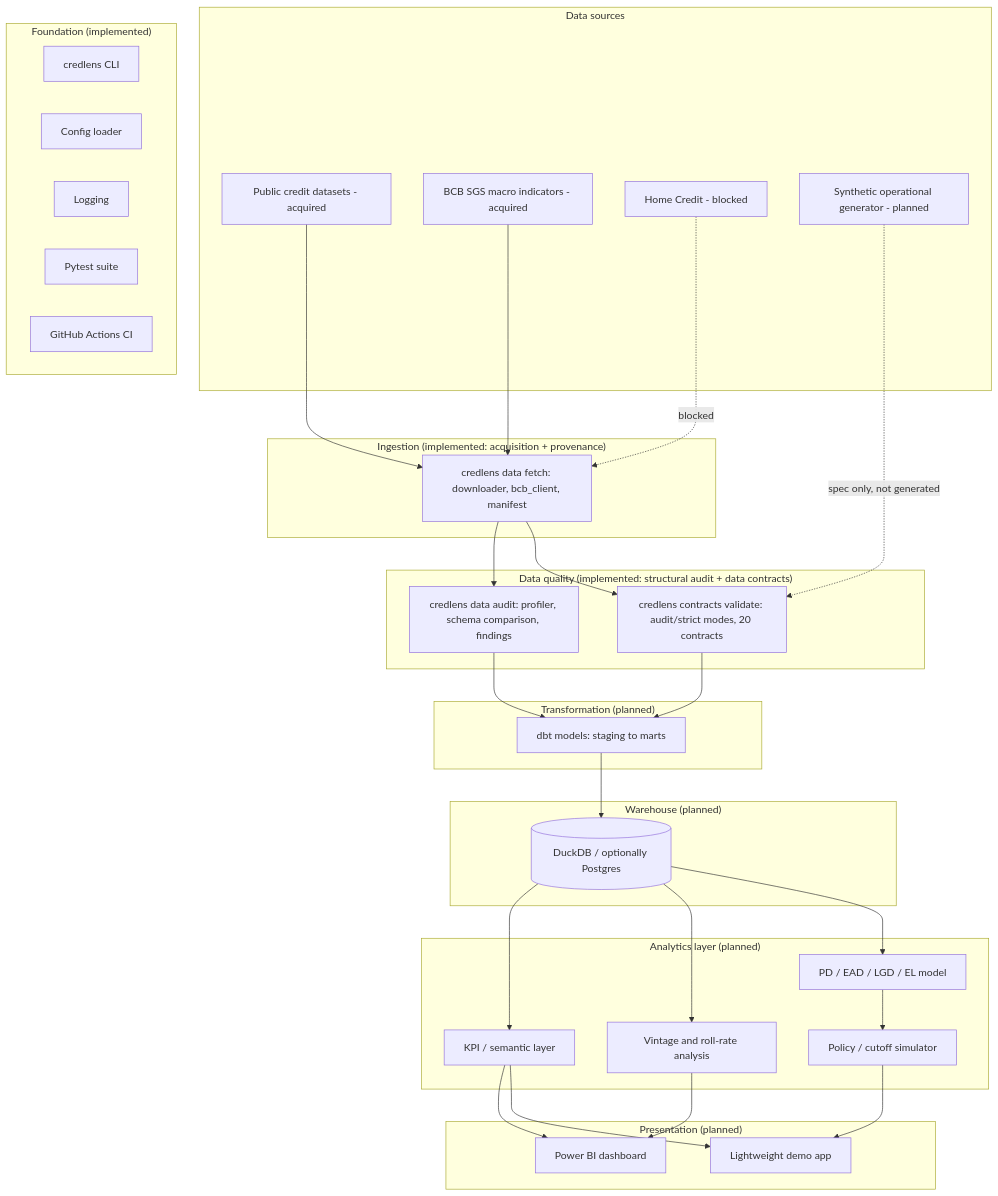
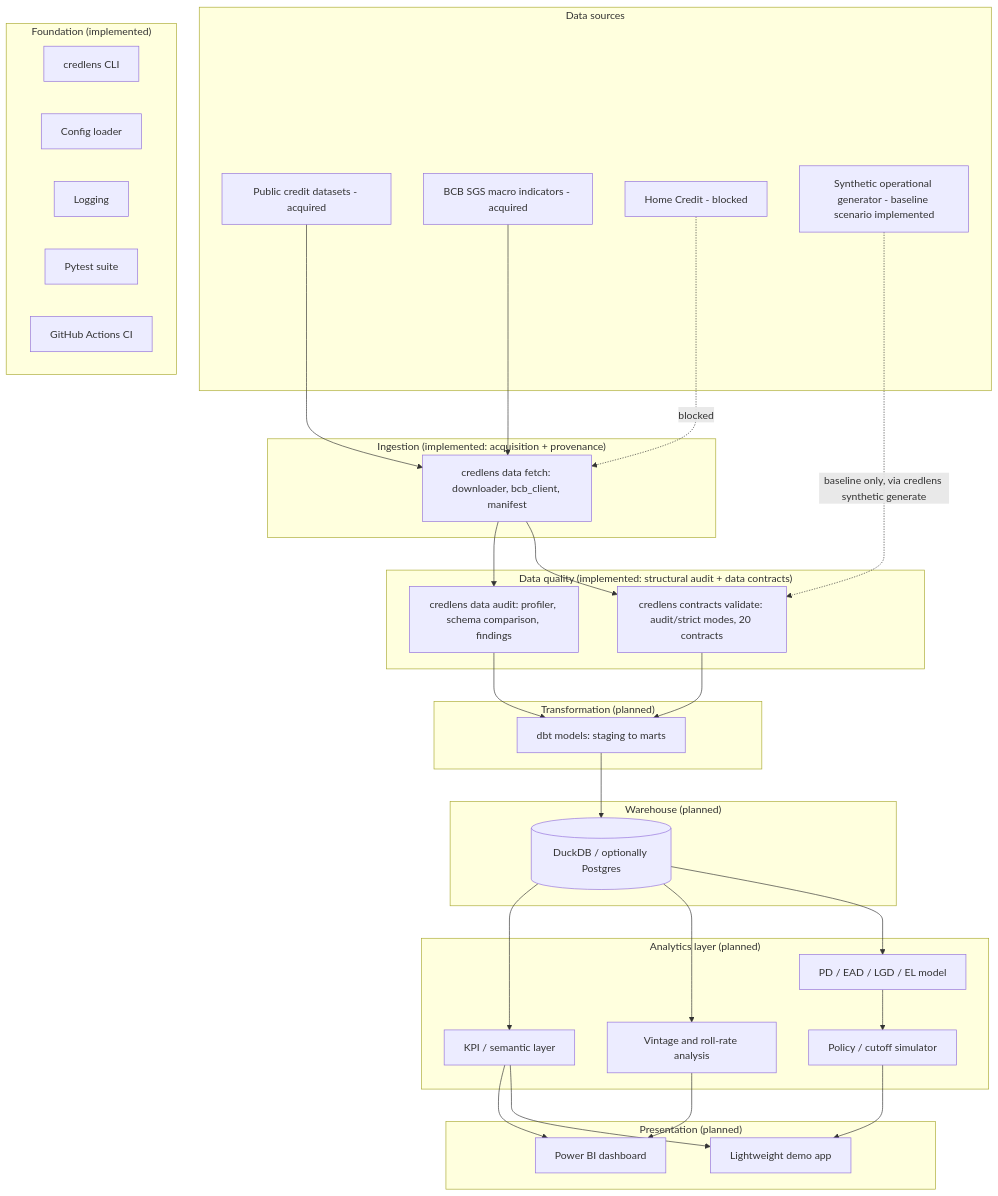
Before and after one commit to FilipePessoa30/CredLens: the diagram in docs/architecture.md, drawn with Mermaid. The commit also changed other lines of this file and 102 other files, not shown here.

````diff
--- a/docs/architecture.md
+++ b/docs/architecture.md
@@ -7,64 +7,64 @@
 ```mermaid
 flowchart TB
     subgraph Sources["Data sources"]
         PUB[Public credit datasets - acquired]
         MACRO[BCB SGS macro indicators - acquired]
         KAG[Home Credit - blocked]
-        SYN[Synthetic operational generator - planned]
+        SYN[Synthetic operational generator - baseline scenario implemented]
     end
 
     subgraph Ingestion["Ingestion (implemented: acquisition + provenance)"]
         ING[credlens data fetch: downloader, bcb_client, manifest]
     end
 
     subgraph Quality["Data quality (implemented: structural audit + data contracts)"]
         DQ[credlens data audit: profiler, schema comparison, findings]
         CON[credlens contracts validate: audit/strict modes, 20 contracts]
     end
 
     subgraph Transform["Transformation (planned)"]
         DBT[dbt models: staging to marts]
     end
 
     subgraph Warehouse["Warehouse (planned)"]
         DW[(DuckDB / optionally Postgres)]
     end
 
     subgraph Analytics["Analytics layer (planned)"]
         KPI[KPI / semantic layer]
         VIN[Vintage and roll-rate analysis]
         RISK[PD / EAD / LGD / EL model]
         SIM[Policy / cutoff simulator]
     end
 
     subgraph Presentation["Presentation (planned)"]
         BI[Power BI dashboard]
         APP[Lightweight demo app]
     end
 
     subgraph Foundation["Foundation (implemented)"]
         CLI[credlens CLI]
         CFG[Config loader]
         LOG[Logging]
         TEST[Pytest suite]
         CI[GitHub Actions CI]
     end
 
     PUB --> ING
     MACRO --> ING
     KAG -.blocked.-> ING
-    SYN -.spec only, not generated.-> CON
+    SYN -.baseline only, via credlens synthetic generate.-> CON
     ING --> DQ
     ING --> CON
     DQ --> DBT
     CON --> DBT
     DBT --> DW
     DW --> KPI
     DW --> VIN
     DW --> RISK
     RISK --> SIM
     KPI --> BI
     VIN --> BI
     SIM --> APP
     KPI --> APP
 ```
````
